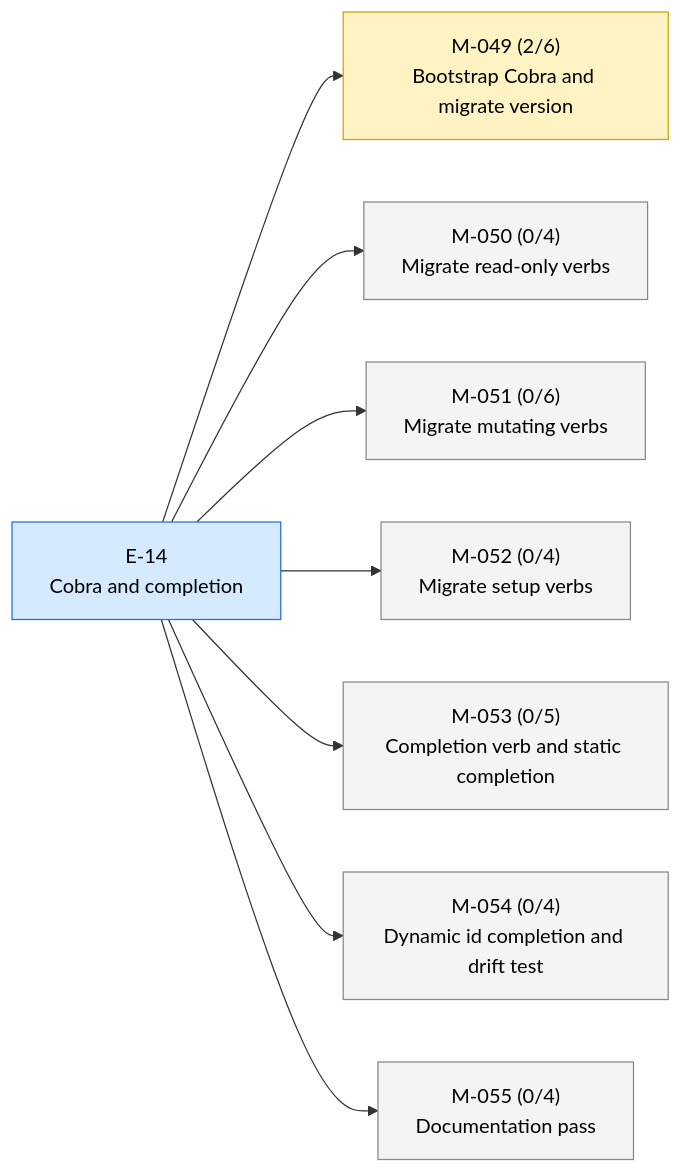
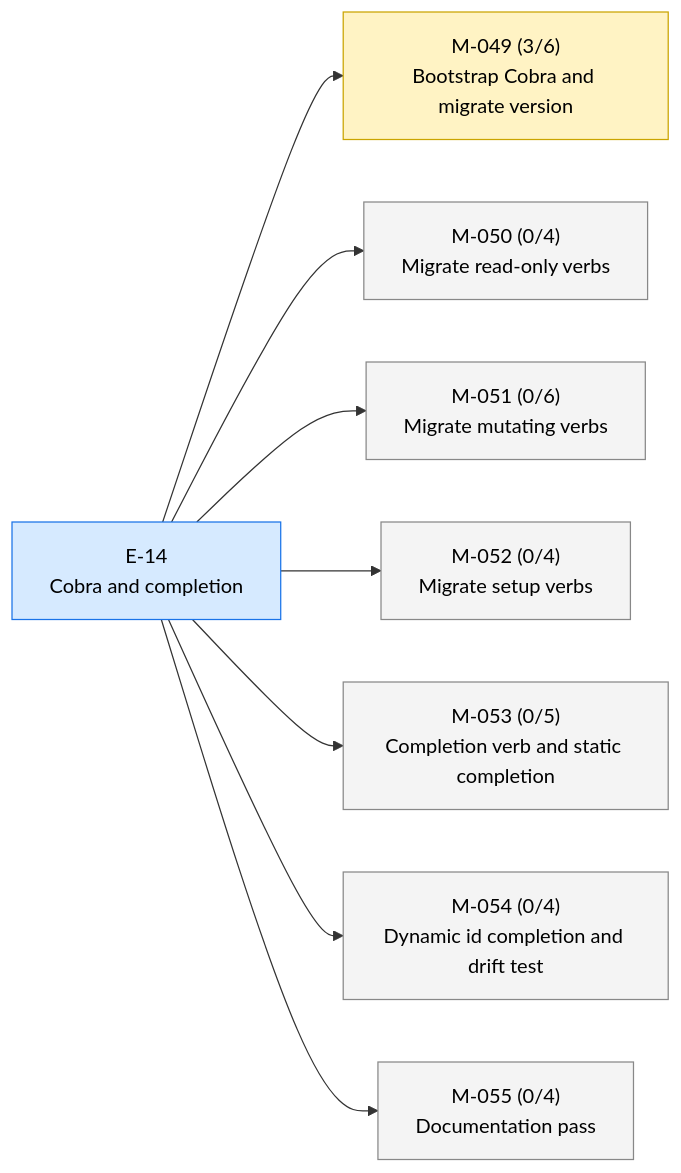
One commit to 23min/aiwf changed the first of 2 diagrams in STATUS.md. Above: the diagram before and after it, drawn with Mermaid. The commit also changed other lines of this file and 1 other file, not shown here.

````diff
--- a/STATUS.md
+++ b/STATUS.md
@@ -17,24 +17,24 @@
 ```mermaid
 flowchart LR
   E_14["E-14<br/>Cobra and completion"]:::epic_active
-  M_049["M-049 (2/6)<br/>Bootstrap Cobra and migrate version"]:::ms_in_progress
+  M_049["M-049 (3/6)<br/>Bootstrap Cobra and migrate version"]:::ms_in_progress
   E_14 --> M_049
   M_050["M-050 (0/4)<br/>Migrate read-only verbs"]:::ms_draft
   E_14 --> M_050
   M_051["M-051 (0/6)<br/>Migrate mutating verbs"]:::ms_draft
   E_14 --> M_051
   M_052["M-052 (0/4)<br/>Migrate setup verbs"]:::ms_draft
   E_14 --> M_052
   M_053["M-053 (0/5)<br/>Completion verb and static completion"]:::ms_draft
   E_14 --> M_053
   M_054["M-054 (0/4)<br/>Dynamic id completion and drift test"]:::ms_draft
   E_14 --> M_054
   M_055["M-055 (0/4)<br/>Documentation pass"]:::ms_draft
   E_14 --> M_055
   classDef epic_active fill:#d6eaff,stroke:#1a73e8,color:#000
   classDef epic_proposed fill:#f4f4f4,stroke:#888,color:#000
   classDef ms_done fill:#d8f5d8,stroke:#2a8a2a,color:#000
   classDef ms_in_progress fill:#fff3c4,stroke:#caa400,color:#000
   classDef ms_draft fill:#f4f4f4,stroke:#888,color:#000
   classDef ms_cancelled fill:#fbeaea,stroke:#c33,color:#000
 ```
````
